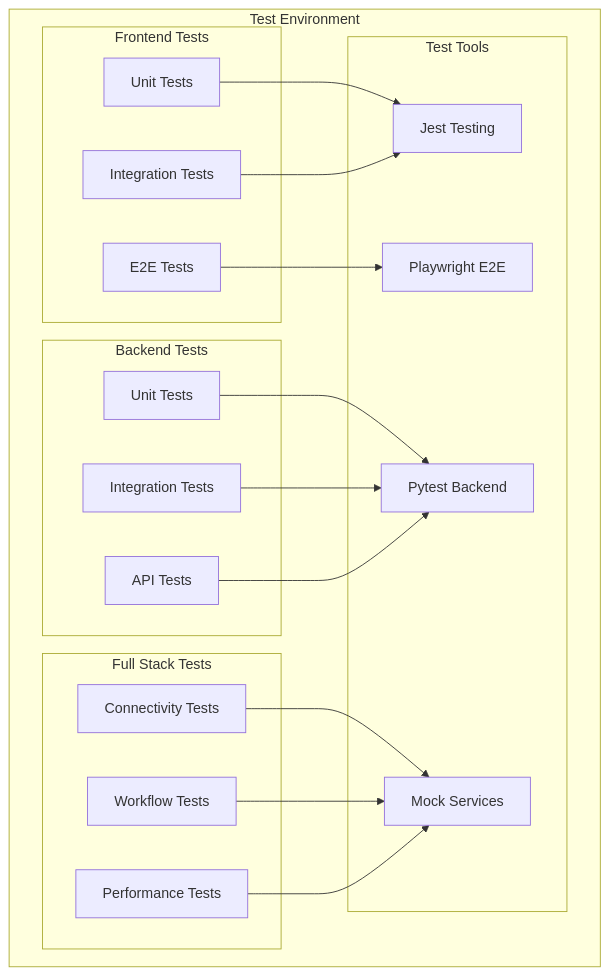
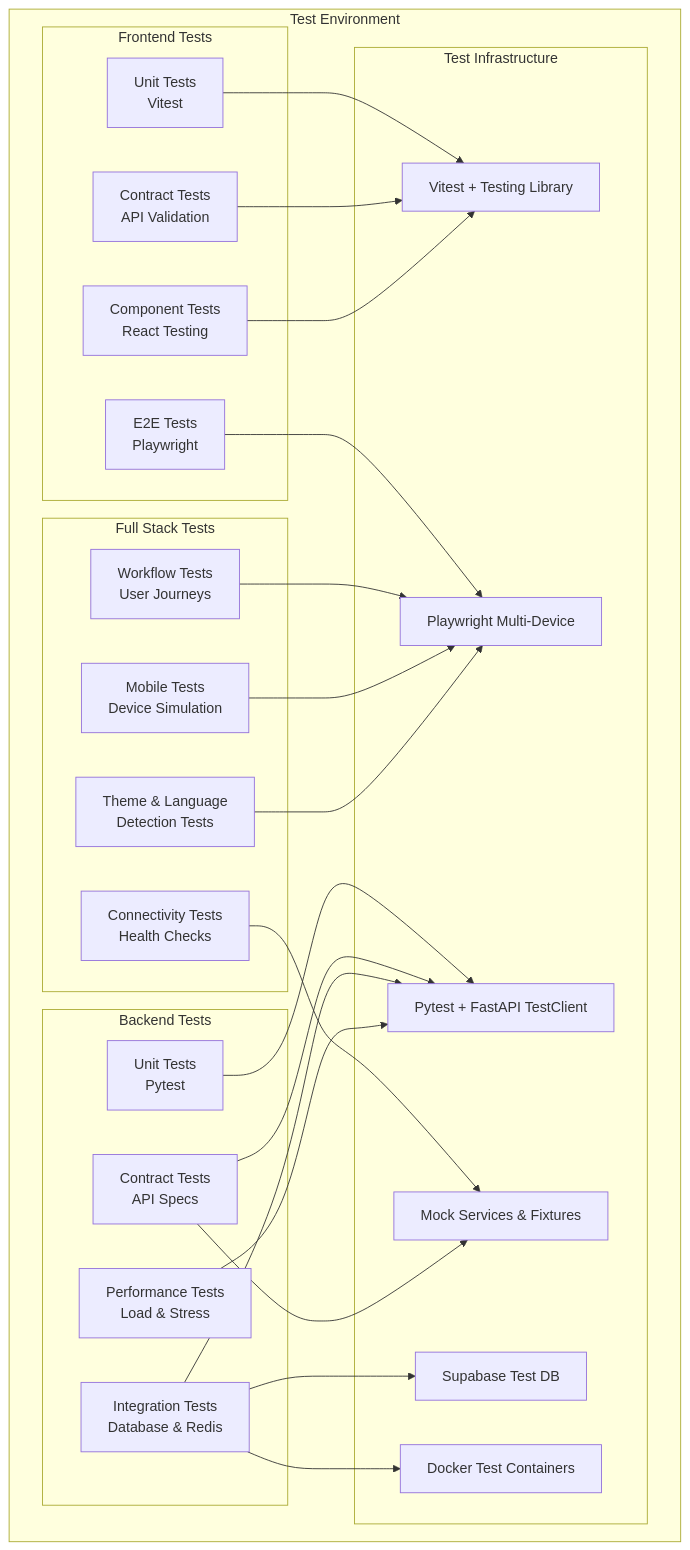
The first of 8 diagrams in docs/INTEGRATION_TESTING.md (gofrolist/calorie-track-ai-bot-api), drawn with Mermaid before and after one commit. The commit also changed other lines of this file and 80 other files, not shown here.

````diff
--- a/docs/INTEGRATION_TESTING.md
+++ b/docs/INTEGRATION_TESTING.md
@@ -9,39 +9,57 @@
 ```mermaid
 graph TB
     subgraph "Test Environment"
         subgraph "Frontend Tests"
-            UNIT_FE[Unit Tests]
-            INTEGRATION_FE[Integration Tests]
-            E2E_FE[E2E Tests]
+            UNIT_FE[Unit Tests<br/>Vitest]
+            CONTRACT_FE[Contract Tests<br/>API Validation]
+            COMPONENT_FE[Component Tests<br/>React Testing]
+            E2E_FE[E2E Tests<br/>Playwright]
         end
 
         subgraph "Backend Tests"
-            UNIT_BE[Unit Tests]
-            INTEGRATION_BE[Integration Tests]
-            API_TESTS[API Tests]
+            UNIT_BE[Unit Tests<br/>Pytest]
+            CONTRACT_BE[Contract Tests<br/>API Specs]
+            INTEGRATION_BE[Integration Tests<br/>Database & Redis]
+            PERFORMANCE_BE[Performance Tests<br/>Load & Stress]
         end
 
         subgraph "Full Stack Tests"
-            CONNECTIVITY[Connectivity Tests]
-            WORKFLOW[Workflow Tests]
-            PERFORMANCE[Performance Tests]
+            CONNECTIVITY[Connectivity Tests<br/>Health Checks]
+            WORKFLOW[Workflow Tests<br/>User Journeys]
+            MOBILE[Mobile Tests<br/>Device Simulation]
+            THEME_LANG[Theme & Language<br/>Detection Tests]
         end
 
-        subgraph "Test Tools"
-            JEST[Jest Testing]
-            PLAYWRIGHT[Playwright E2E]
-            PYTEST[Pytest Backend]
-            MOCK[Mock Services]
+        subgraph "Test Infrastructure"
+            VITEST[Vitest + Testing Library]
+            PLAYWRIGHT[Playwright Multi-Device]
+            PYTEST[Pytest + FastAPI TestClient]
+            MOCK[Mock Services & Fixtures]
+            SUPABASE[Supabase Test DB]
+            DOCKER[Docker Test Containers]
         end
     end
 
-    UNIT_FE --> JEST
-    INTEGRATION_FE --> JEST
+    %% Frontend test connections
+    UNIT_FE --> VITEST
+    CONTRACT_FE --> VITEST
+    COMPONENT_FE --> VITEST
     E2E_FE --> PLAYWRIGHT
+
+    %% Backend test connections
     UNIT_BE --> PYTEST
+    CONTRACT_BE --> PYTEST
     INTEGRATION_BE --> PYTEST
-    API_TESTS --> PYTEST
+    PERFORMANCE_BE --> PYTEST
+
+    %% Full stack test connections
     CONNECTIVITY --> MOCK
-    WORKFLOW --> MOCK
-    PERFORMANCE --> MOCK
+    WORKFLOW --> PLAYWRIGHT
+    MOBILE --> PLAYWRIGHT
+    THEME_LANG --> PLAYWRIGHT
+
+    %% Infrastructure connections
+    INTEGRATION_BE --> SUPABASE
+    INTEGRATION_BE --> DOCKER
+    CONTRACT_BE --> MOCK
 ```
````
